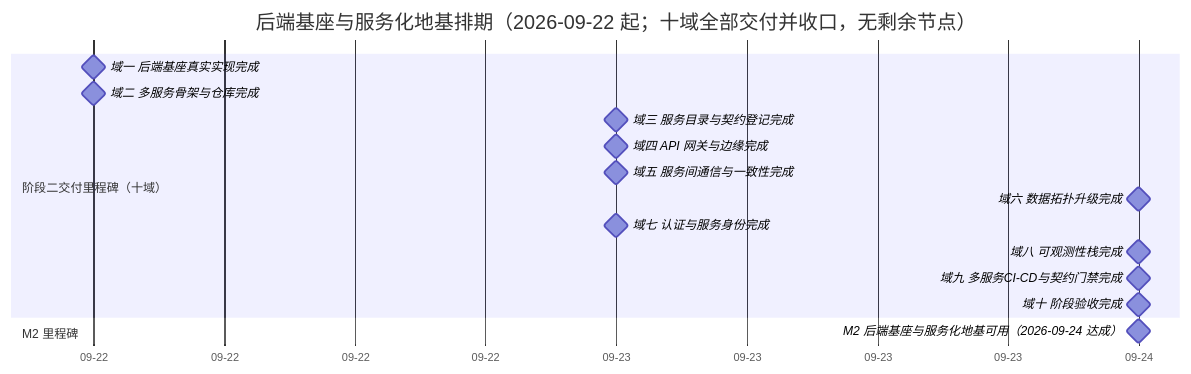
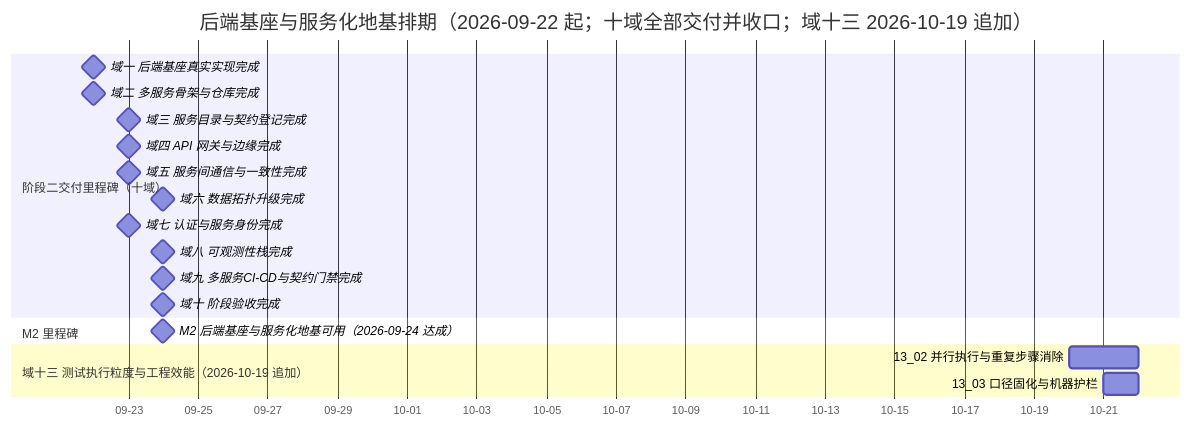
Before and after one commit to minjian123/basic-management-system: the diagram in bms文档/项目/02_后端基座与服务化地基/计划/01_计划_后端基座与服务化地基.md, drawn with Mermaid. The commit also changed other lines of this file and 12 other files, not shown here.

````diff
--- a/bms文档/项目/02_后端基座与服务化地基/计划/01_计划_后端基座与服务化地基.md
+++ b/bms文档/项目/02_后端基座与服务化地基/计划/01_计划_后端基座与服务化地基.md
@@ -77,19 +82,22 @@
 ```mermaid
 gantt
-    title 后端基座与服务化地基排期（2026-09-22 起；十域全部交付并收口，无剩余节点）
+    title 后端基座与服务化地基排期（2026-09-22 起；十域全部交付并收口；域十三 2026-10-19 追加）
     dateFormat  YYYY-MM-DD
     axisFormat %m-%d
     section 阶段二交付里程碑（十域）
     域一 后端基座真实实现完成 :milestone, m01, 2026-09-22, 0d
     域二 多服务骨架与仓库完成 :milestone, m02, 2026-09-22, 0d
     域三 服务目录与契约登记完成 :milestone, m03, 2026-09-23, 0d
     域四 API 网关与边缘完成 :milestone, m04, 2026-09-23, 0d
     域五 服务间通信与一致性完成 :milestone, m05, 2026-09-23, 0d
     域六 数据拓扑升级完成 :milestone, m06, 2026-09-24, 0d
     域七 认证与服务身份完成 :milestone, m07, 2026-09-23, 0d
     域八 可观测性栈完成 :milestone, m08, 2026-09-24, 0d
     域九 多服务CI-CD与契约门禁完成 :milestone, m09, 2026-09-24, 0d
     域十 阶段验收完成 :milestone, m10, 2026-09-24, 0d
     section M2 里程碑
     M2 后端基座与服务化地基可用（2026-09-24 达成） :milestone, mm2, 2026-09-24, 0d
+    section 域十三 测试执行粒度与工程效能（2026-10-19 追加）
+    13_02 并行执行与重复步骤消除 :t1302, 2026-10-20, 2d
+    13_03 口径固化与机器护栏 :t1303, 2026-10-21, 1d
 ```
````
